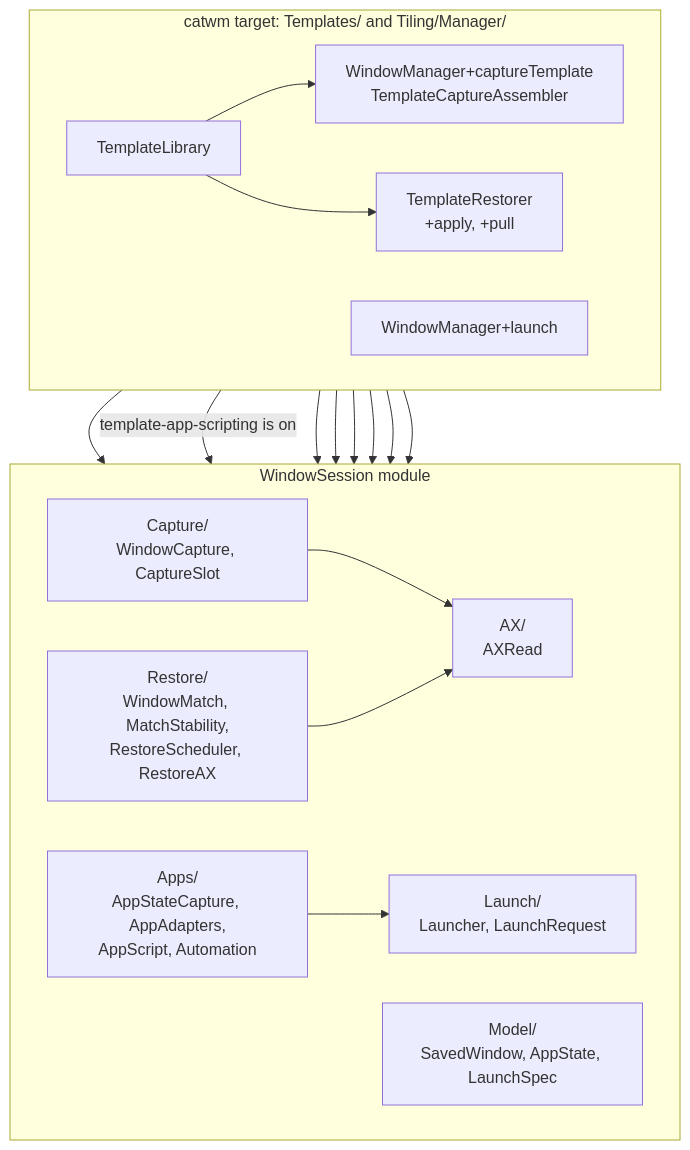
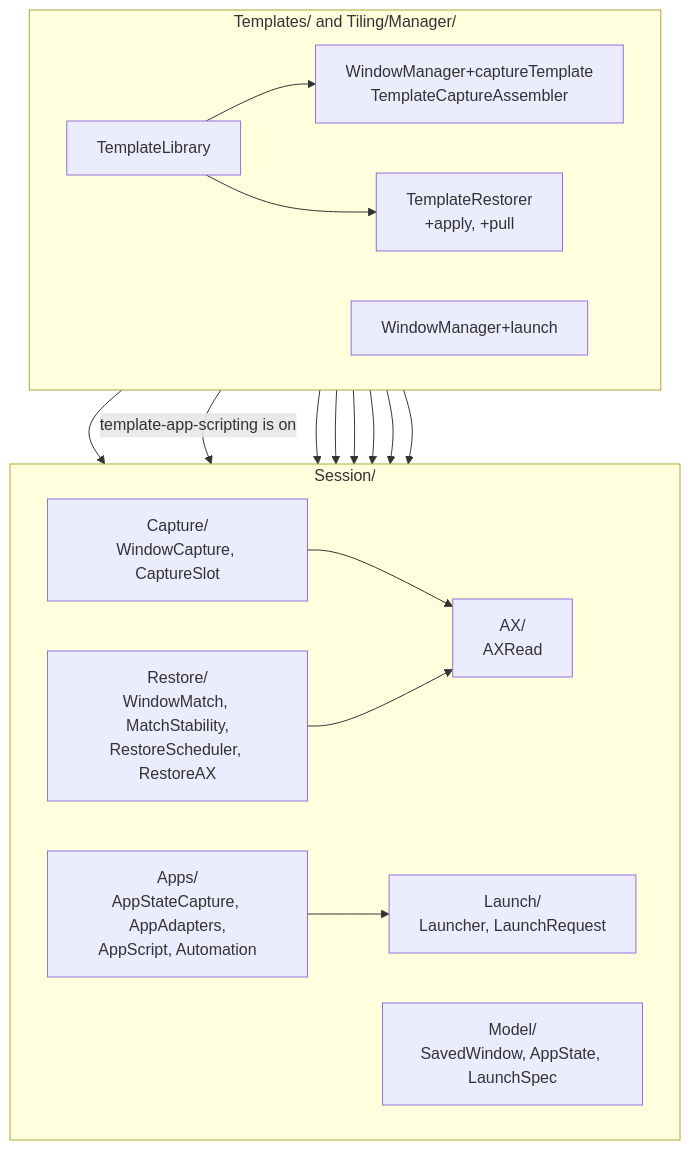
The first of 16 diagrams in docs/internals/window-session.md (ganya002/CatWM), drawn with Mermaid before and after one commit. The commit also changed other lines of this file and 46 other files, not shown here.

Commit message:
refactor(session): fold WindowSession into the app target

````diff
--- a/docs/internals/window-session.md
+++ b/docs/internals/window-session.md
@@ -7,34 +7,34 @@
 ```mermaid
 flowchart TB
-    subgraph App["catwm target: Templates/ and Tiling/Manager/"]
+    subgraph App["Templates/ and Tiling/Manager/"]
         direction LR
         Library["TemplateLibrary"]
         Capture["WindowManager+captureTemplate<br/>TemplateCaptureAssembler"]
         Restorer["TemplateRestorer<br/>+apply, +pull"]
         LaunchCmd["WindowManager+launch"]
     end
 
-    subgraph WS["WindowSession module"]
+    subgraph WS["Session/"]
         direction LR
         Cap["Capture/<br/>WindowCapture, CaptureSlot"]
         Apps["Apps/<br/>AppStateCapture, AppAdapters,<br/>AppScript, Automation"]
         Res["Restore/<br/>WindowMatch, MatchStability,<br/>RestoreScheduler, RestoreAX"]
         Lch["Launch/<br/>Launcher, LaunchRequest"]
         Model["Model/<br/>SavedWindow, AppState, LaunchSpec"]
         AX["AX/<br/>AXRead"]
     end
 
     Library --> Capture
     Library --> Restorer
     Capture --> Cap
     Capture -->|"template-app-scripting is on"| Apps
     Restorer --> Res
     Restorer --> Apps
     Restorer --> Lch
     LaunchCmd --> Lch
     Cap --> AX
     Res --> AX
     Apps --> Lch
     Capture --> Model
     Restorer --> Model
 ```
````
